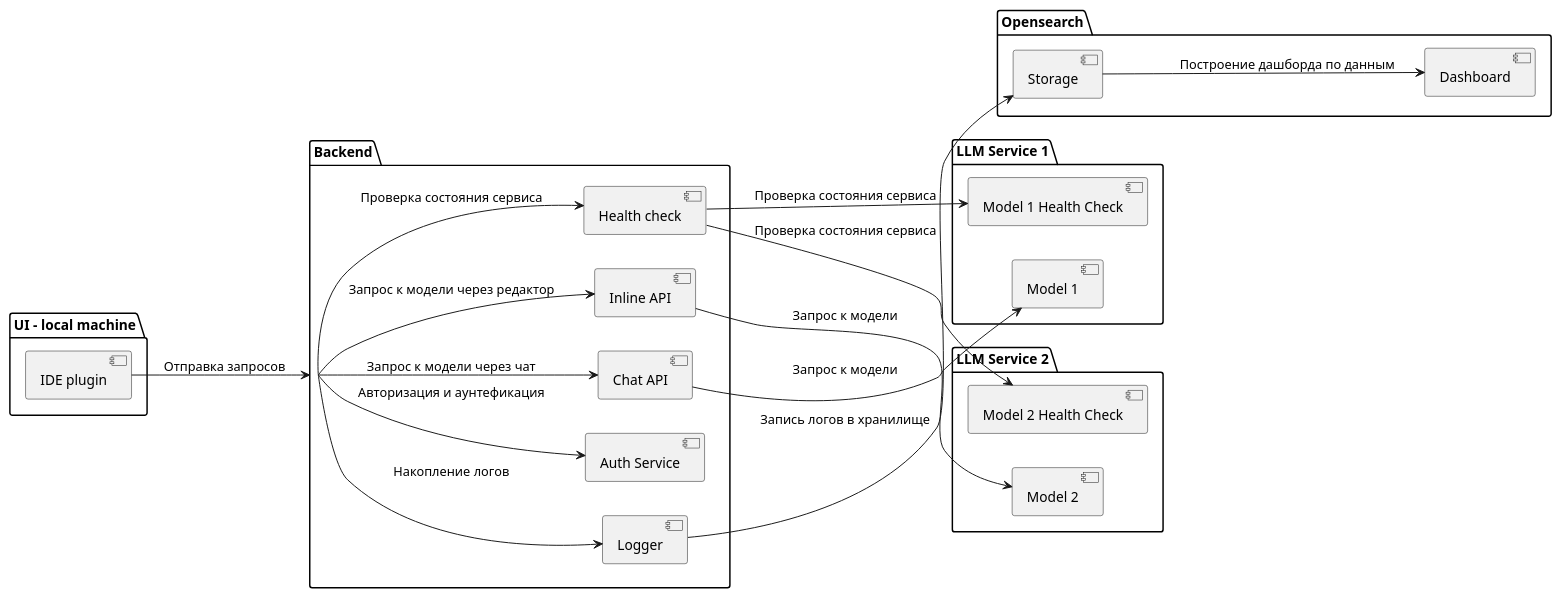
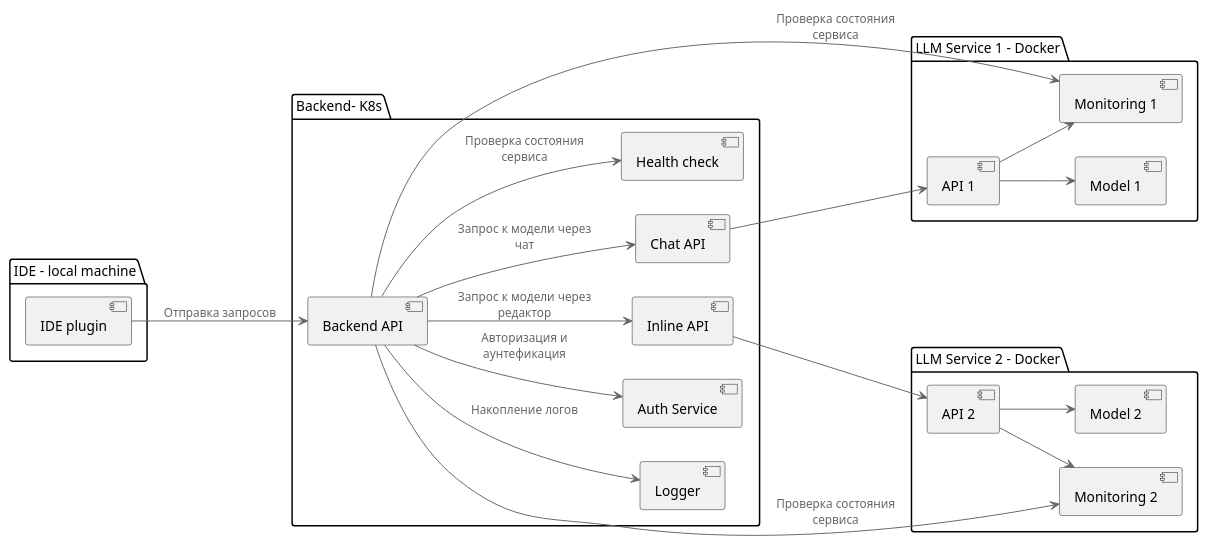
One commit to disk0Dancer/hse-se-paps changed the third of 3 diagrams in LabWork2/docs/README.md. Above: the diagram before and after it, drawn with PlantUML. The commit also changed other lines of this file, not shown here.

Commit message:
feat(lab2): add context and container diagram

````diff
--- a/LabWork2/docs/README.md
+++ b/LabWork2/docs/README.md
@@ -111,37 +145,36 @@
 ```plantuml
 @startuml
+!include https://raw.githubusercontent.com/plantuml-stdlib/C4-PlantUML/master/C4_Container.puml
 left to right direction
-package "LLM Service 1" {
-    [Model 1]
-    [Model 1 Health Check]
+
+package "LLM Service 1 - Docker" {
+    [API 1] --> [Model 1]
+    [API 1] --> [Monitoring 1]
 }
 
-package "LLM Service 2" {
-    [Model 2]
-    [Model 2 Health Check]
+package "LLM Service 2 - Docker" {
+    [API 2] --> [Model 2]
+    [API 2] --> [Monitoring 2]
 }
 
-package "Opensearch" {
-    [Storage] --> [Dashboard] : Построение дашборда по данным
+
+package "Backend- K8s" {
+    [Backend API] --> [Logger] : Накопление логов
+
+    [Backend API] --> [Auth Service] : Авторизация и аунтефикация
+    [Backend API] --> [Chat API] : Запрос к модели через чат
+    [Chat API] --> [API 1]
+    [Backend API] --> [Inline API] : Запрос к модели через редактор
+    [Inline API] --> [API 2]
+
+    [Backend API] --> [Health check] : Проверка состояния сервиса
+    [Backend API] --> [Monitoring 1] : Проверка состояния сервиса
+    [Backend API] --> [Monitoring 2] : Проверка состояния сервиса
 }
 
-package "Backend" {
-    [Backend] --> [Logger] : Накопление логов
-    [Logger] --> [Storage] : Запись логов в хранилище
-    [Backend] --> [Auth Service] : Авторизация и аунтефикация
-    [Backend] --> [Chat API] : Запрос к модели через чат
-    [Backend] --> [Inline API] : Запрос к модели через редактор
-    
-    [Backend] --> [Health check] : Проверка состояния сервиса
-    [Health check] --> [Model 1 Health Check] : Проверка состояния сервиса
-    [Health check] --> [Model 2 Health Check] : Проверка состояния сервиса
-}
-
-package "UI - local machine" {
-    [IDE plugin] --> [Backend] : Отправка запросов
-    [Chat API] --> [Model 1] : Запрос к модели
-    [Inline API] --> [Model 2] : Запрос к модели
+package "IDE - local machine" {
+    [IDE plugin] --> [Backend API] : Отправка запросов
 }
 
 @enduml
 ```
````
